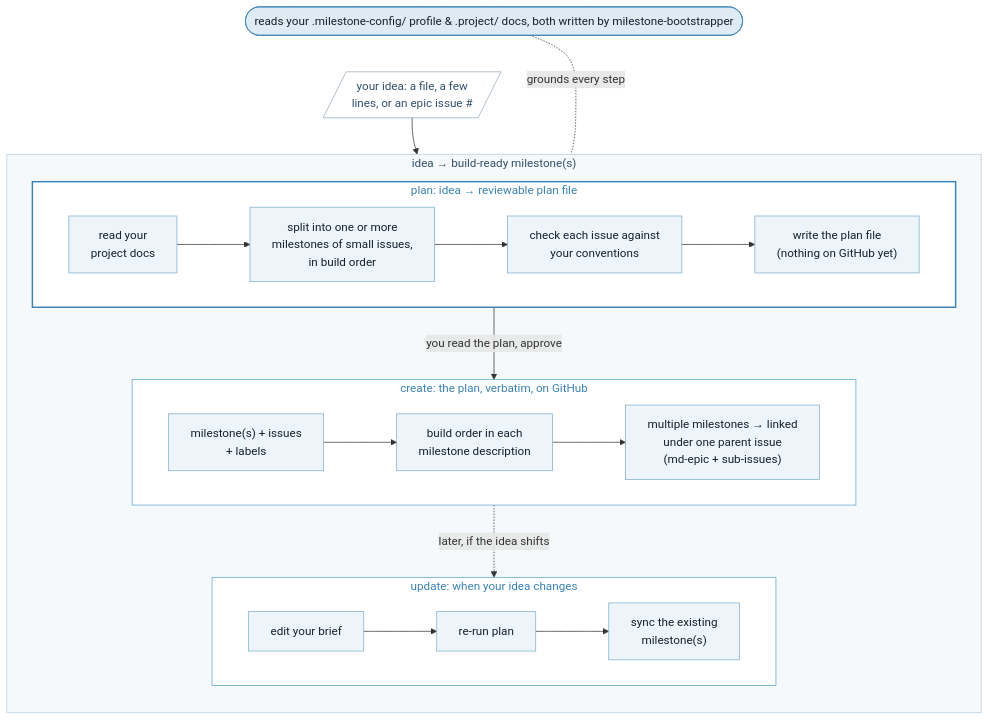
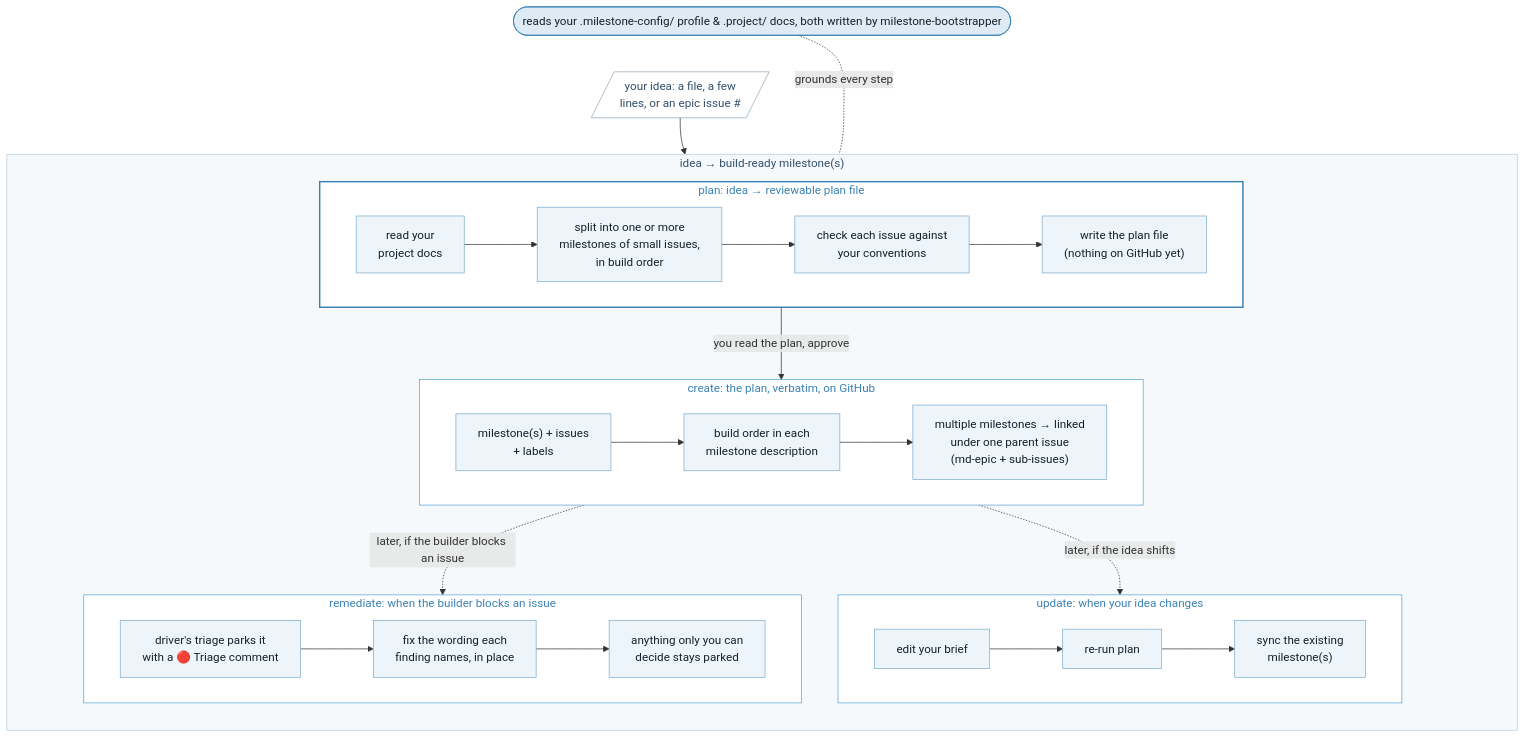
One commit to kenmulford/milestone-feeder changed the diagram in README.md. Above: the diagram before and after it, drawn with Mermaid. The commit also changed other lines of this file and 19 other files, not shown here.

First line of the commit message:
feat(remediate): add the triage-Blocker to corrected-issue-body path (#343)

````diff
--- a/README.md
+++ b/README.md
@@ -25,39 +25,45 @@
 ```mermaid
 %%{init: {"flowchart": {"wrappingWidth": 900}} }%%
 flowchart TD
     cfg(["reads your .milestone-config/ profile &amp; .project/ docs, both written by milestone-bootstrapper"])
 
     input[/"your idea: a file, a few<br/>lines, or an epic issue #"/]
 
     subgraph loop ["idea → build-ready milestone(s)"]
         direction TB
         subgraph sgP ["plan: idea → reviewable plan file"]
             direction LR
             p1["read your<br/>project docs"] --> p2["split into one or more<br/>milestones of small issues,<br/>in build order"] --> p3["check each issue against<br/>your conventions"] --> p4["write the plan file<br/>(nothing on GitHub yet)"]
         end
         subgraph sgC ["create: the plan, verbatim, on GitHub"]
             direction LR
             c1["milestone(s) + issues<br/>+ labels"] --> c2["build order in each<br/>milestone description"] --> c3["multiple milestones → linked<br/>under one parent issue<br/>(md-epic + sub-issues)"]
         end
         subgraph sgUp ["update: when your idea changes"]
             direction LR
             up1["edit your brief"] --> up2["re-run plan"] --> up3["sync the existing<br/>milestone(s)"]
         end
+        subgraph sgR ["remediate: when the builder blocks an issue"]
+            direction LR
+            r1["driver's triage parks it<br/>with a 🔴 Triage comment"] --> r2["fix the wording each<br/>finding names, in place"] --> r3["anything only you can<br/>decide stays parked"]
+        end
 
         sgP -->|you read the plan, approve| sgC
         sgC -.->|later, if the idea shifts| sgUp
+        sgC -.->|later, if the builder blocks an issue| sgR
     end
 
     cfg ~~~ input
     input --> sgP
     cfg <-.-|grounds every step| loop
 
     style cfg fill:#DEEBF5,stroke:#3A82B4,color:#15212B
     style input fill:#FFFFFF,stroke:#94A9B8,color:#33506B
     style loop fill:#F5F9FC,stroke:#B9CFDF,color:#33506B
     style sgP fill:#FFFFFF,stroke:#3A82B4,stroke-width:2px,color:#3A82B4
     style sgC fill:#FFFFFF,stroke:#5AA6D4,color:#3A82B4
     style sgUp fill:#FFFFFF,stroke:#5AA6D4,color:#3A82B4
+    style sgR fill:#FFFFFF,stroke:#5AA6D4,color:#3A82B4
     classDef action fill:#EDF4FA,stroke:#7FAECE,color:#15212B
-    class p1,p2,p3,p4,c1,c2,c3,up1,up2,up3 action
+    class p1,p2,p3,p4,c1,c2,c3,up1,up2,up3,r1,r2,r3 action
 ```
````
